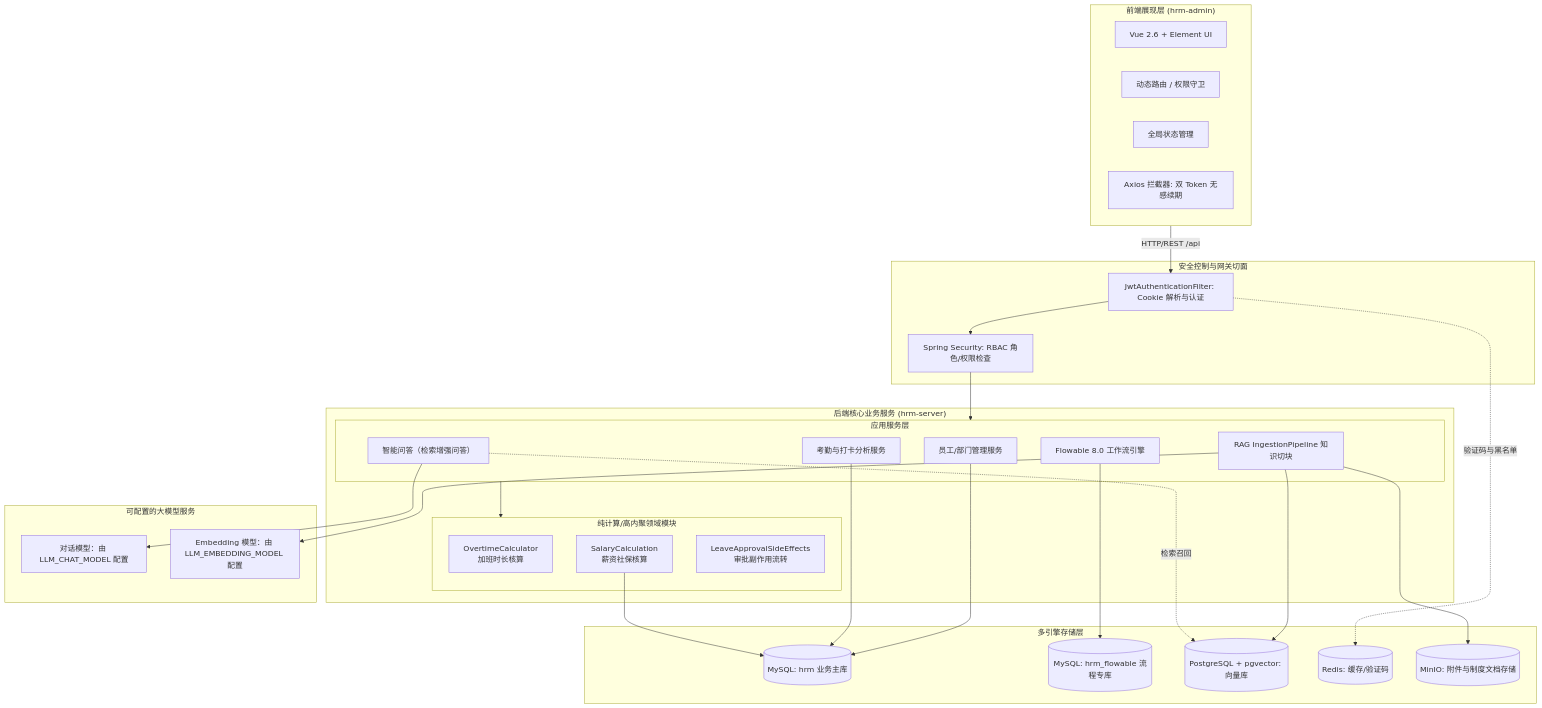
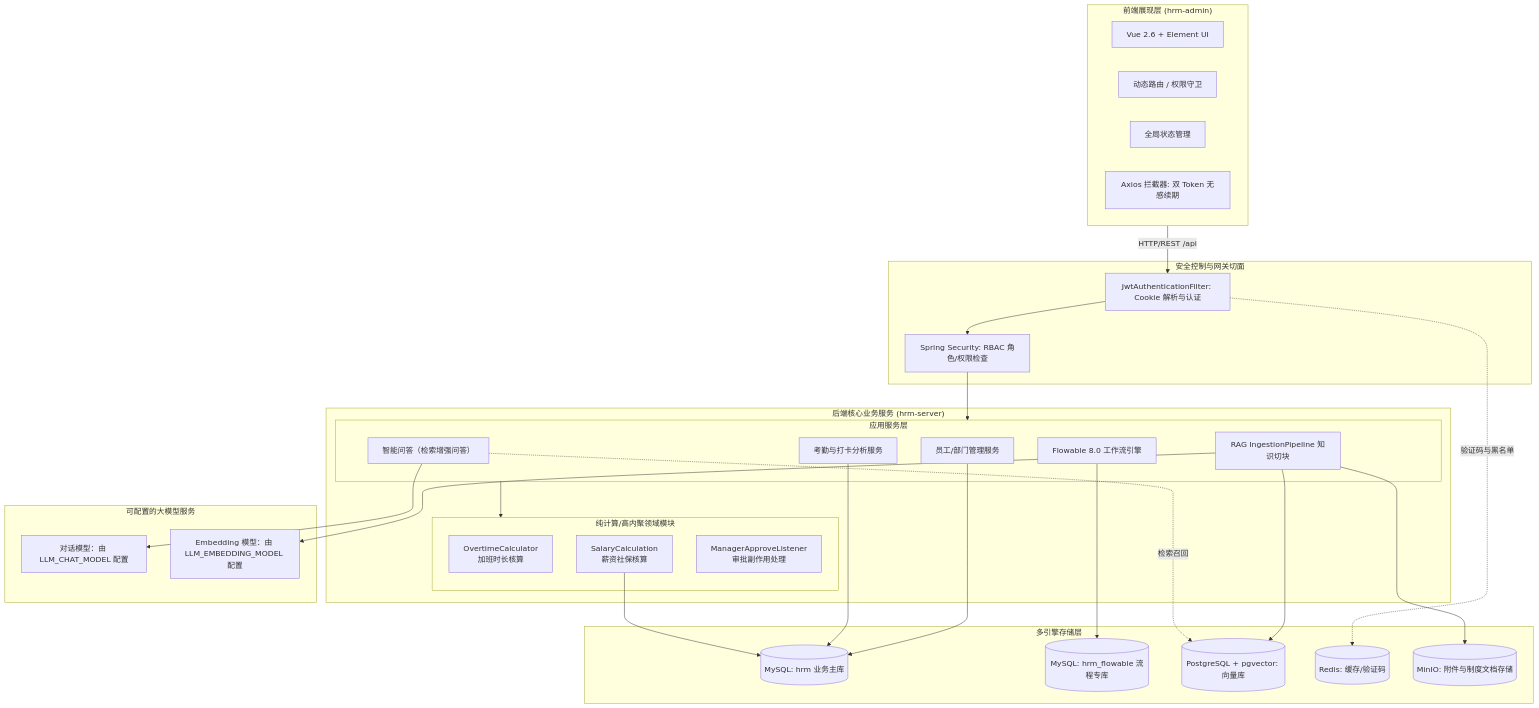
Before and after one commit to zqf20096327/dbhub_collect: the second of 2 diagrams in data/readmes/quuuuj__hrm.md, drawn with Mermaid. The commit also changed other lines of this file and 523 other files, not shown here.

````diff
--- a/data/readmes/quuuuj__hrm.md
+++ b/data/readmes/quuuuj__hrm.md
@@ -141,62 +141,62 @@
 ```mermaid
 graph TB
     subgraph Client["前端展现层 (hrm-admin)"]
         UI[Vue 2.6 + Element UI]
         Router[动态路由 / 权限守卫]
         Vuex[全局状态管理]
         AxiosInter[Axios 拦截器: 双 Token 无感续期]
     end
 
     subgraph Security["安全控制与网关切面"]
         Filter[JwtAuthenticationFilter: Cookie 解析与认证]
         PermChecker[Spring Security: RBAC 角色/权限检查]
     end
 
     subgraph CoreBackend["后端核心业务服务 (hrm-server)"]
         subgraph Domains["纯计算/高内聚领域模块"]
             Overtime[OvertimeCalculator<br/>加班时长核算]
             Salary[SalaryCalculation<br/>薪资社保核算]
-            LeaveSide[LeaveApprovalSideEffects<br/>审批副作用流转]
+            LeaveSide[ManagerApproveListener<br/>审批副作用处理]
         end
 
         subgraph Modules["应用服务层"]
             StaffSvc[员工/部门管理服务]
             AttendanceSvc[考勤与打卡分析服务]
             FlowEngine[Flowable 8.0 工作流引擎]
             KnowledgeSvc[RAG IngestionPipeline 知识切块]
             AiAssistantSvc[智能问答（检索增强问答）]
         end
     end
 
     subgraph ExternalModel["可配置的大模型服务"]
         LLM[对话模型：由 LLM_CHAT_MODEL 配置]
         Embed[Embedding 模型：由 LLM_EMBEDDING_MODEL 配置]
     end
 
     subgraph Persistence["多引擎存储层"]
         DB_Master[(MySQL: hrm 业务主库)]
         DB_Flowable[(MySQL: hrm_flowable 流程专库)]
         DB_Vector[(PostgreSQL + pgvector: 向量库)]
         Cache_Redis[(Redis: 缓存/验证码)]
         Storage_MinIO[(MinIO: 附件与制度文档存储)]
     end
 
     Client -->|HTTP/REST /api| Filter
     Filter --> PermChecker
     PermChecker --> Modules
     Modules --> Domains
 
     StaffSvc --> DB_Master
     AttendanceSvc --> DB_Master
     Salary --> DB_Master
     FlowEngine --> DB_Flowable
     
     KnowledgeSvc --> Storage_MinIO
     KnowledgeSvc --> Embed
     KnowledgeSvc --> DB_Vector
 
     AiAssistantSvc --> LLM
     AiAssistantSvc -.检索召回.-> DB_Vector
 
     Filter -.验证码与黑名单.-> Cache_Redis
 ```
````
